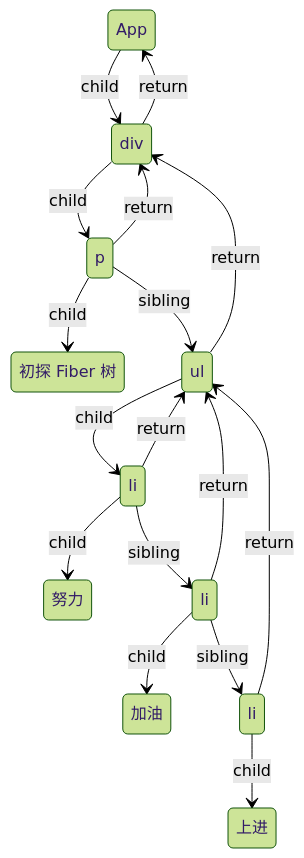
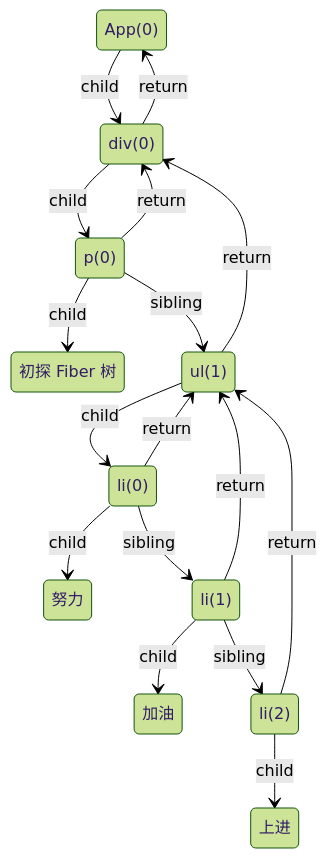
One commit to MrArky/ReactSourceCode changed the diagram in 学习手册/Reconciler（协调器）/Fiber树.md. Above: the diagram before and after it, drawn with Mermaid (forest theme). The commit also changed other lines of this file, not shown here.

Commit message:
Update Fiber树.md
完成Fiber树

````diff
--- a/学习手册/Reconciler（协调器）/Fiber树.md
+++ b/学习手册/Reconciler（协调器）/Fiber树.md
@@ -14,26 +15,26 @@
 ``` mermaid
   stateDiagram
-  App --> div : child
-  div --> App : return
-  div --> p : child
+  App(0) --> div(0) : child
+  div(0) --> App(0) : return
+  div(0) --> p(0) : child
   string1: 初探 Fiber 树
   string2: 努力
   string3: 加油
   string4: 上进
-  li1 : li
-  li2 : li
-  li3 : li
-  p --> string1 : child
-  p --> ul : sibling
-  p --> div : return
-  ul --> li1 : child
-  ul --> div : return
+  li1 : li(0)
+  li2 : li(1)
+  li3 : li(2)
+  p(0) --> string1 : child
+  p(0) --> ul(1) : sibling
+  p(0) --> div(0) : return
+  ul(1) --> li1 : child
+  ul(1) --> div(0) : return
   li1 --> string2 : child
   li1 --> li2 : sibling
-  li1 --> ul : return
+  li1 --> ul(1) : return
   li2 --> string3 : child
   li2 --> li3 : sibling
-  li2 --> ul : return
+  li2 --> ul(1) : return
   li3 --> string4 : child
-  li3 --> ul : return
+  li3 --> ul(1) : return
 ```
````
